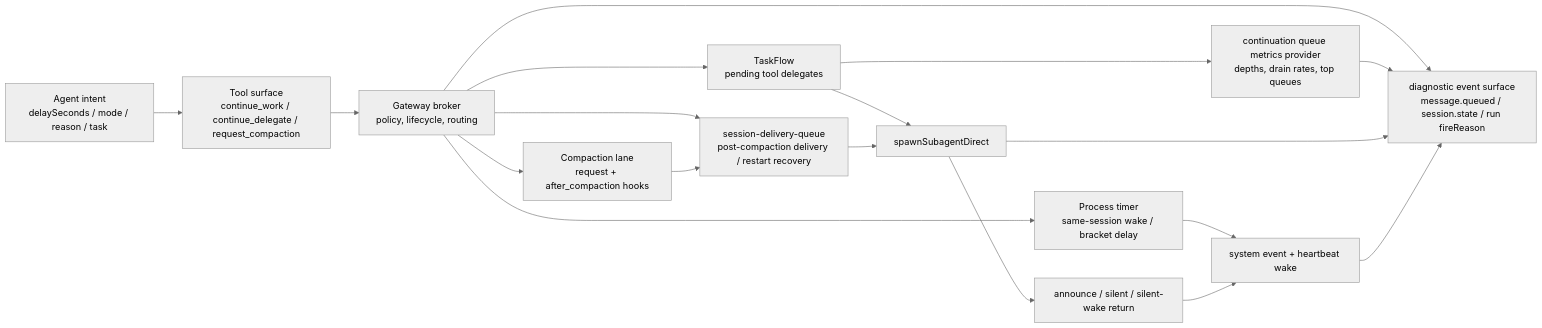
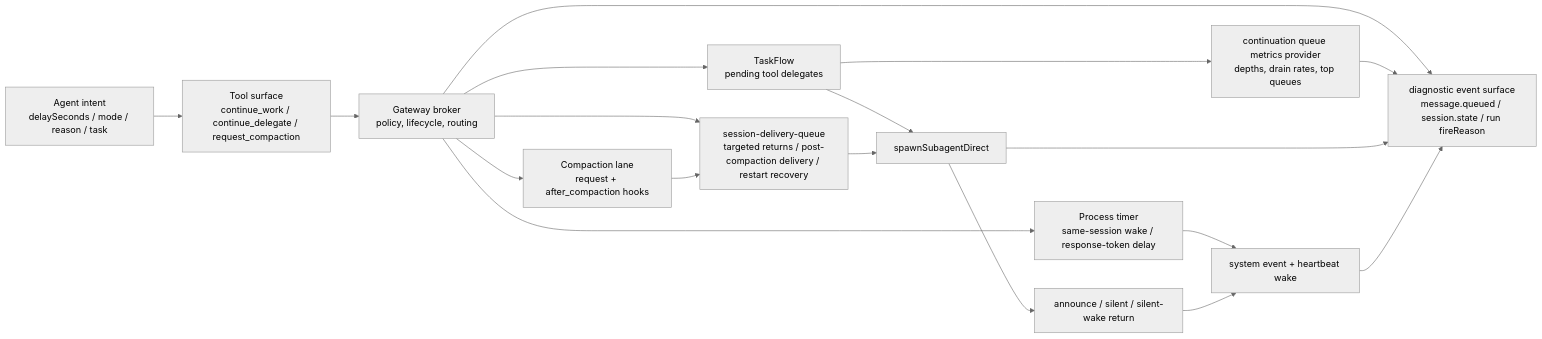
Before and after one commit to karmaterminal/openclaw: the fifth of 6 diagrams in docs/design/continue-work-signal-v2.md, drawn with Mermaid (neutral theme). The commit also changed other lines of this file, not shown here.

````diff
--- a/docs/design/continue-work-signal-v2.md
+++ b/docs/design/continue-work-signal-v2.md
@@ -780,20 +837,20 @@
 ```mermaid
 flowchart LR
     Agent["Agent intent<br/>delaySeconds / mode / reason / task"] --> Tool["Tool surface<br/>continue_work / continue_delegate / request_compaction"]
     Tool --> Broker["Gateway broker<br/>policy, lifecycle, routing"]
-    Broker --> Timer["Process timer<br/>same-session wake / bracket delay"]
+    Broker --> Timer["Process timer<br/>same-session wake / response-token delay"]
     Broker --> TaskFlow["TaskFlow<br/>pending tool delegates"]
-    Broker --> Queue["session-delivery-queue<br/>post-compaction delivery / restart recovery"]
+    Broker --> Queue["session-delivery-queue<br/>targeted returns / post-compaction delivery / restart recovery"]
     Broker --> Compaction["Compaction lane<br/>request + after_compaction hooks"]
     Broker --> Diag["diagnostic event surface<br/>message.queued / session.state / run fireReason"]
     Timer --> Wake["system event + heartbeat wake"]
     TaskFlow --> Spawn["spawnSubagentDirect"]
     TaskFlow --> Metrics["continuation queue metrics provider<br/>depths, drain rates, top queues"]
     Metrics --> Diag
     Queue --> Spawn
     Compaction --> Queue
     Spawn --> Return["announce / silent / silent-wake return"]
     Spawn --> Diag
     Return --> Wake
     Wake --> Diag
 ```
````
